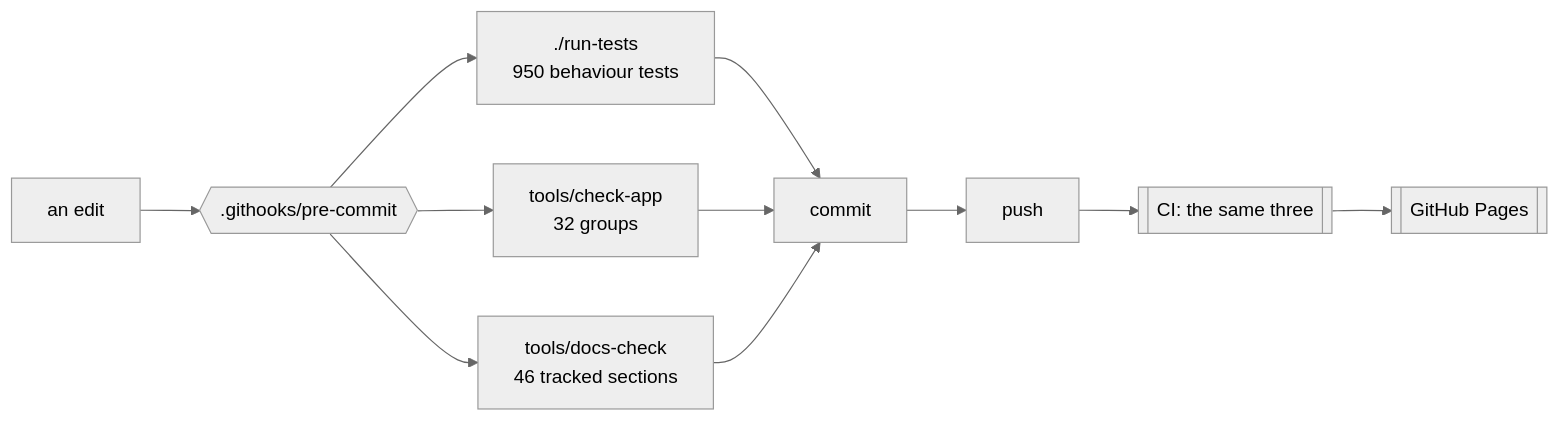
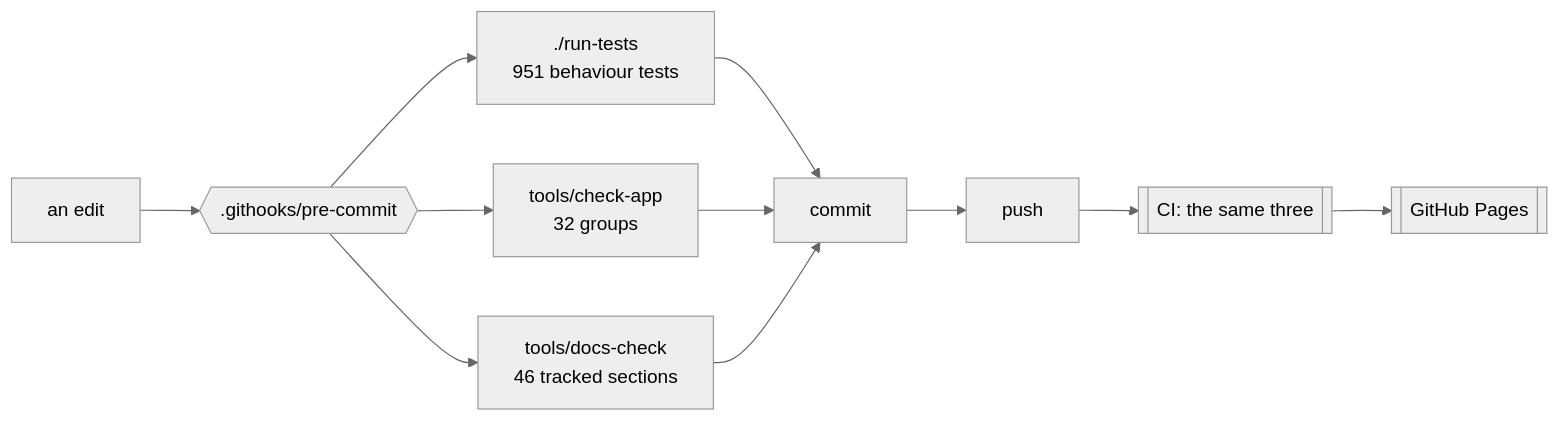
The first of 3 diagrams in docs/DEVELOPING.md (minormending/crystal-pilot-mobile), drawn with Mermaid (neutral theme) before and after one commit. The commit also changed other lines of this file and 9 other files, not shown here.

````diff
--- a/docs/DEVELOPING.md
+++ b/docs/DEVELOPING.md
@@ -15,12 +15,12 @@
 ```mermaid
 flowchart LR
     E[an edit] --> H{{".githooks/pre-commit"}}
-    H --> T["./run-tests<br/>950 behaviour tests"]
+    H --> T["./run-tests<br/>951 behaviour tests"]
     H --> C["tools/check-app<br/>32 groups"]
     H --> D["tools/docs-check<br/>46 tracked sections"]
     T --> OK[commit]
     C --> OK
     D --> OK
     OK --> P[push] --> CI[["CI: the same three"]]
     CI --> PG[[GitHub Pages]]
 ```
````
